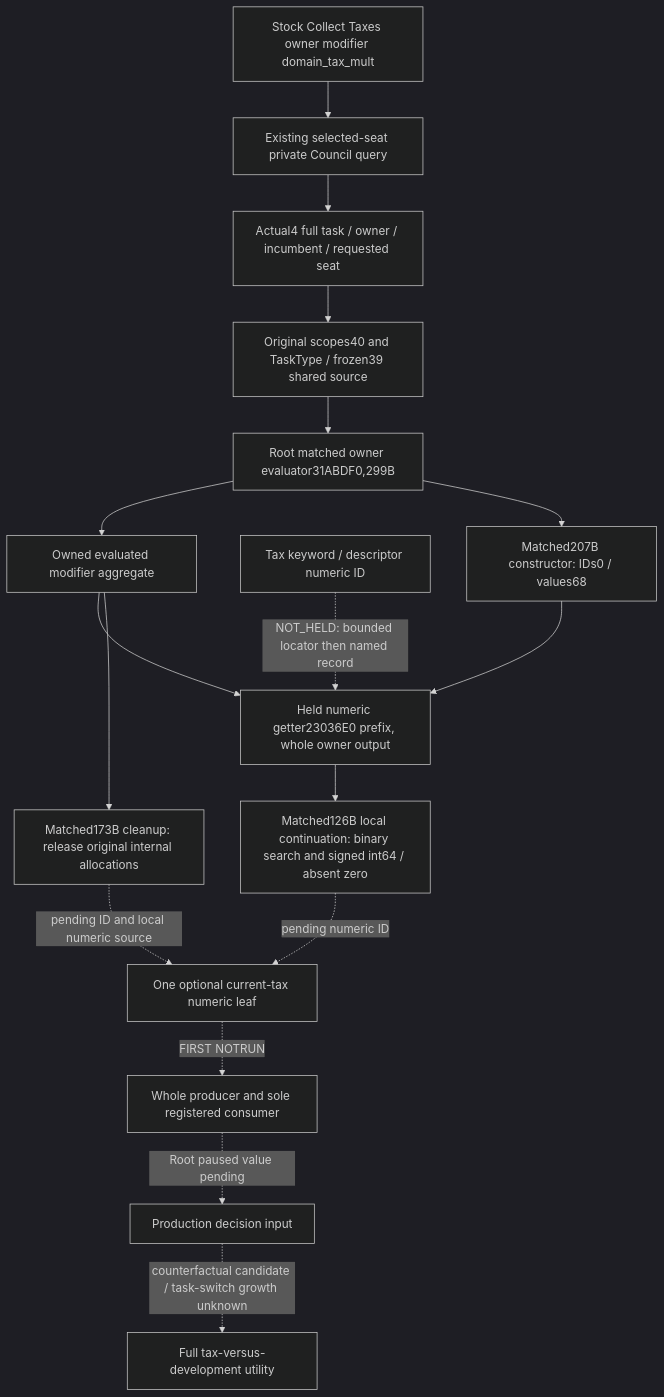
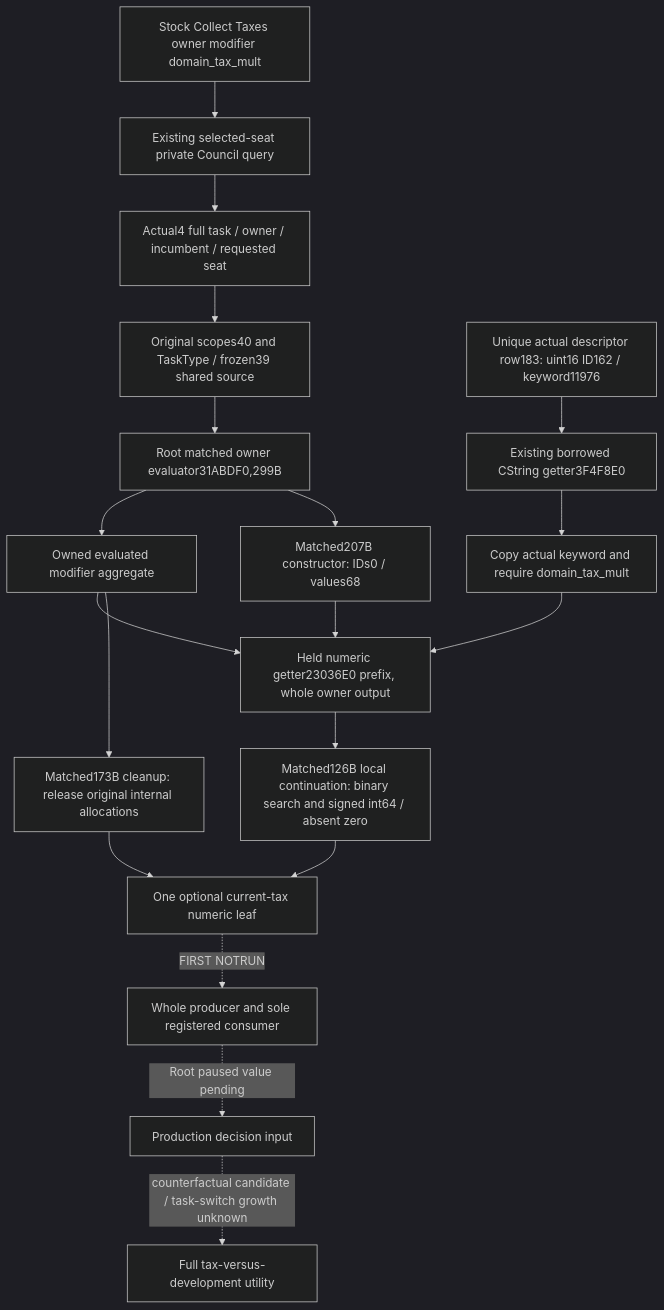
The diagram in docs/ck3-native-ai/council-current-task-domain-tax-component-12004.md (XenoAmess/ck3_eternal_recurrence), drawn with Mermaid (dark theme) before and after one commit. The commit also changed other lines of this file and 9 other files, not shown here.

Commit message:
Publish current Council task owner tax component

````diff
--- a/docs/ck3-native-ai/council-current-task-domain-tax-component-12004.md
+++ b/docs/ck3-native-ai/council-current-task-domain-tax-component-12004.md
@@ -87,19 +88,21 @@
 ```mermaid
 flowchart TD
     S[Stock Collect Taxes owner modifier domain_tax_mult] --> Q[Existing selected-seat private Council query]
     Q --> T[Actual4 full task / owner / incumbent / requested seat]
     T --> C[Original scopes40 and TaskType / frozen39 shared source]
     C --> E[Root matched owner evaluator31ABDF0,299B]
     E --> M[Owned evaluated modifier aggregate]
     M --> G[Held numeric getter23036E0 prefix, whole owner output]
-    I[Tax keyword / descriptor numeric ID] -. NOT_HELD: bounded locator then named record .-> G
+    I[Unique actual descriptor row183: uint16 ID162 / keyword11976] --> K[Existing borrowed CString getter3F4F8E0]
+    K --> V[Copy actual keyword and require domain_tax_mult]
+    V --> G
     E --> A[Matched207B constructor: IDs0 / values68]
     A --> G
     G --> N[Matched126B local continuation: binary search and signed int64 / absent zero]
     M --> D[Matched173B cleanup: release original internal allocations]
-    N -. pending numeric ID .-> L[One optional current-tax numeric leaf]
-    D -. pending ID and local numeric source .-> L
+    N --> L[One optional current-tax numeric leaf]
+    D --> L
     L -. FIRST NOTRUN .-> W[Whole producer and sole registered consumer]
     W -. Root paused value pending .-> P[Production decision input]
     P -. counterfactual candidate / task-switch growth unknown .-> U[Full tax-versus-development utility]
 ```
````
